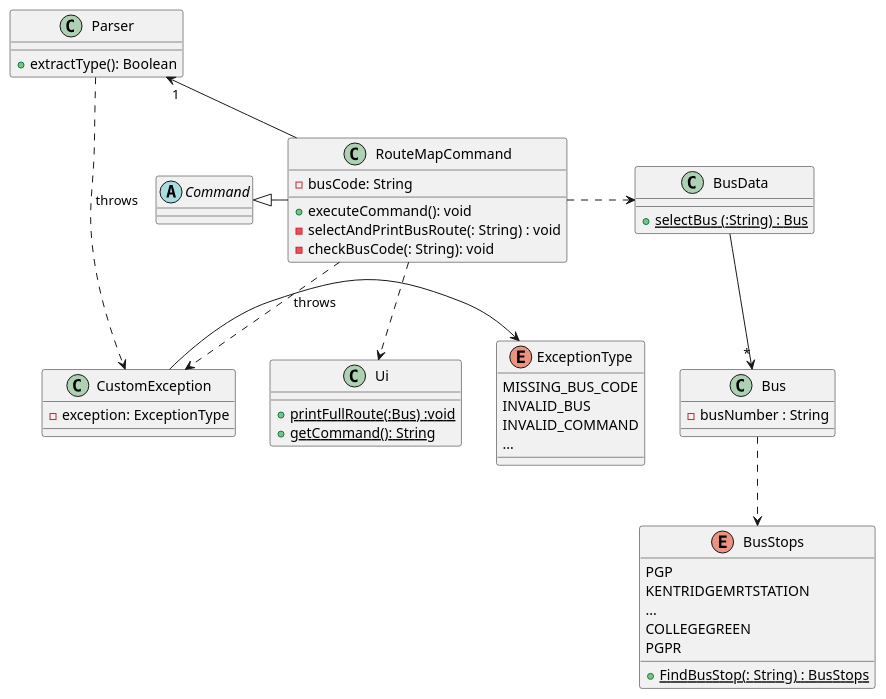
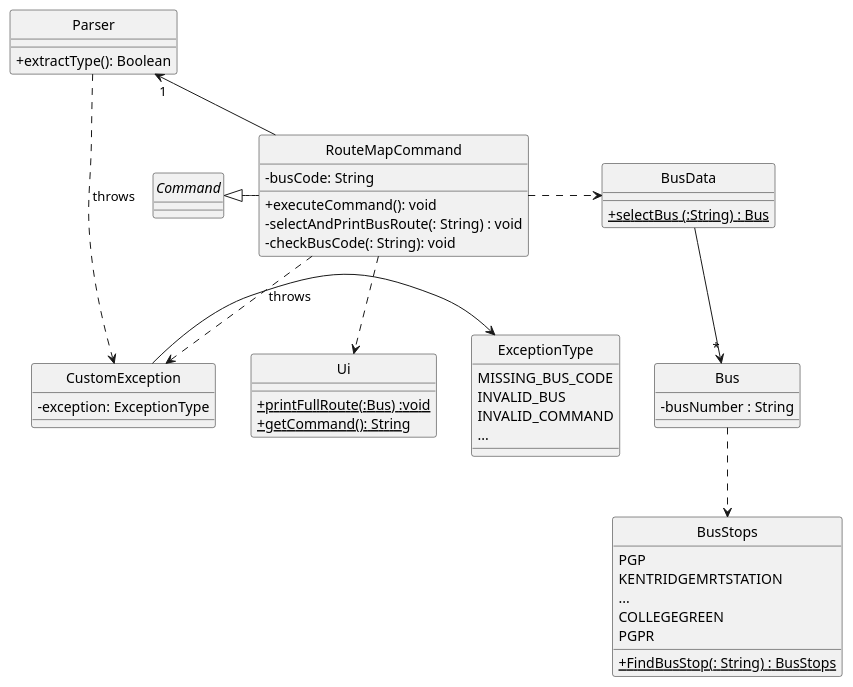
One commit to nus-cs2113-AY2021S1/tp changed the diagram in docs/DG_Diagrams/RouteMapCommand/RouteMapCommand.puml. Above: the diagram before and after it, drawn with PlantUML. The commit also changed 1 other file, not shown here.

Commit message:
Removal of icons from class diagram in DG

```diff
--- a/docs/DG_Diagrams/RouteMapCommand/RouteMapCommand.puml
+++ b/docs/DG_Diagrams/RouteMapCommand/RouteMapCommand.puml
@@ -1,55 +1,56 @@
 @startuml
-
+hide circle
+skinparam classAttributeIconSize 0
 abstract class Command
 
 Class RouteMapCommand{
 -busCode: String
 +executeCommand(): void
 -selectAndPrintBusRoute(: String) : void
 -checkBusCode(: String): void
 }
 Class Parser{
 +extractType(): Boolean
 }
 Class BusData {
 +{static} selectBus (:String) : Bus
 }
 Class CustomException {
 -exception: ExceptionType
 }
 Class Bus {
 -busNumber : String
 }
 enum BusStops {
 PGP
 KENTRIDGEMRTSTATION
 ...
 COLLEGEGREEN
 PGPR
 +{static}FindBusStop(: String) : BusStops
 }
 Class Ui {
 +{static} printFullRoute(:Bus) :void
 +{static} getCommand(): String
 }
 
 enum ExceptionType {
 MISSING_BUS_CODE
 INVALID_BUS
 INVALID_COMMAND
 ...
 }
 
 Command <|--right RouteMapCommand
 Parser "1"<--down RouteMapCommand
 RouteMapCommand ..right> BusData
 BusData --> "*" Bus
 Bus ..> BusStops
 RouteMapCommand ..> CustomException :throws
 Parser ..> CustomException :throws
 RouteMapCommand ..> Ui
 
 CustomException -> ExceptionType
 
 
 @enduml
```
